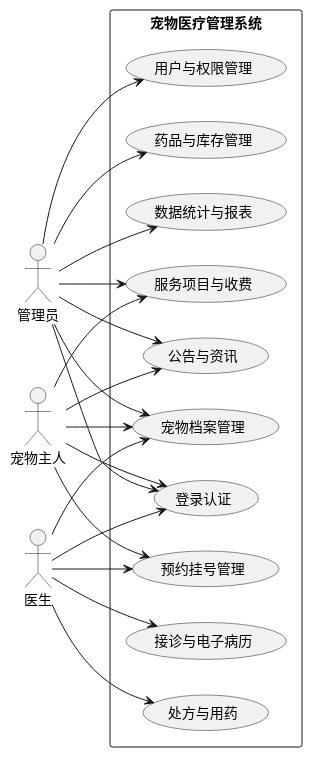
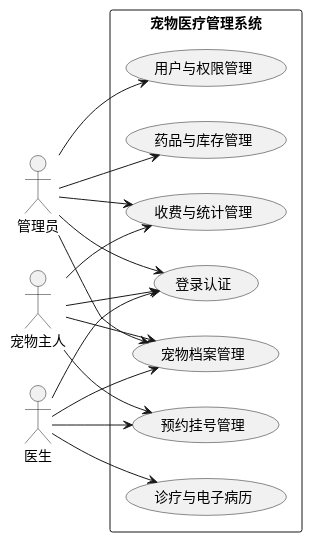
One commit to esneighbour9/Pet-Medical-Management changed the diagram in docs/02-需求分析/图表源文件/图1-系统总体用例图.puml. Above: the diagram before and after it, drawn with PlantUML. The commit also changed 13 other files, not shown here.

Commit message:
refactor(需求): 功能范围收敛为六模块，同步更新需求说明书、图表、开题报告与答辩材料

```diff
--- a/docs/02-需求分析/图表源文件/图1-系统总体用例图.puml
+++ b/docs/02-需求分析/图表源文件/图1-系统总体用例图.puml
@@ -1,44 +1,37 @@
 @startuml
-' 图1 系统总体用例图
+' 图1 系统总体用例图（六模块）
 left to right direction
 skinparam shadowing false
 skinparam defaultFontName "Noto Sans CJK SC"
 
 actor "管理员" as Admin
 actor "医生" as Doctor
 actor "宠物主人" as Owner
 
 rectangle "宠物医疗管理系统" {
   usecase "登录认证" as UC00
   usecase "用户与权限管理" as UC01
   usecase "宠物档案管理" as UC02
   usecase "预约挂号管理" as UC03
-  usecase "接诊与电子病历" as UC04
-  usecase "处方与用药" as UC05
-  usecase "药品与库存管理" as UC06
-  usecase "服务项目与收费" as UC07
-  usecase "公告与资讯" as UC08
-  usecase "数据统计与报表" as UC09
+  usecase "诊疗与电子病历" as UC04
+  usecase "药品与库存管理" as UC05
+  usecase "收费与统计管理" as UC06
 }
 
 Admin --> UC00
 Doctor --> UC00
 Owner --> UC00
 
 Admin --> UC01
 Admin --> UC02
+Admin --> UC05
 Admin --> UC06
-Admin --> UC07
-Admin --> UC08
-Admin --> UC09
 
 Doctor --> UC02
 Doctor --> UC03
 Doctor --> UC04
-Doctor --> UC05
 
 Owner --> UC02
 Owner --> UC03
-Owner --> UC07
-Owner --> UC08
+Owner --> UC06
 @enduml
```
